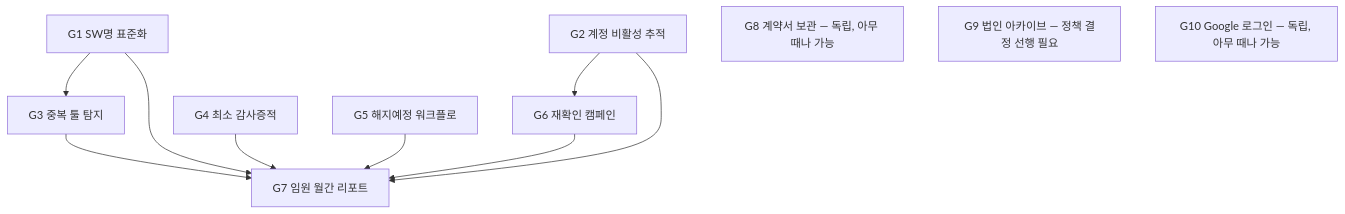
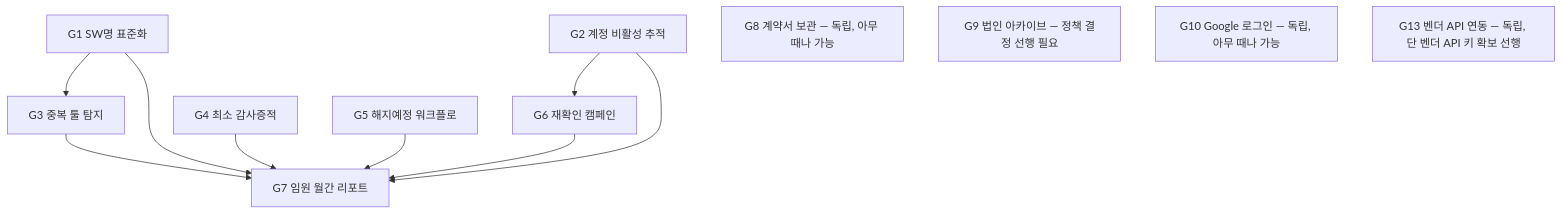
The second of 4 diagrams in docs/SUBSCRIPTION-GOVERNANCE-PHASE2.md (hundy0610/sw-portal-next), drawn with Mermaid before and after one commit. The commit also changed other lines of this file, not shown here.

First line of the commit message:
2차 기획서에 G13(SaaS 벤더 API 연동 로드맵) 추가 - 실제 SW현황 기반 벤더 우선순위 정리

````diff
--- a/docs/SUBSCRIPTION-GOVERNANCE-PHASE2.md
+++ b/docs/SUBSCRIPTION-GOVERNANCE-PHASE2.md
@@ -163,14 +166,15 @@
 ```mermaid
 flowchart TD
     G1["G1 SW명 표준화"] --> G3["G3 중복 툴 탐지"]
     G1 --> G7["G7 임원 월간 리포트"]
     G2["G2 계정 비활성 추적"] --> G6["G6 재확인 캠페인"]
     G2 --> G7
     G3 --> G7
     G4["G4 최소 감사증적"] --> G7
     G5["G5 해지예정 워크플로"] --> G7
     G6 --> G7
     G8["G8 계약서 보관 — 독립, 아무 때나 가능"]
     G9["G9 법인 아카이브 — 정책 결정 선행 필요"]
     G10["G10 Google 로그인 — 독립, 아무 때나 가능"]
+    G13["G13 벤더 API 연동 — 독립, 단 벤더 API 키 확보 선행"]
 ```
````
